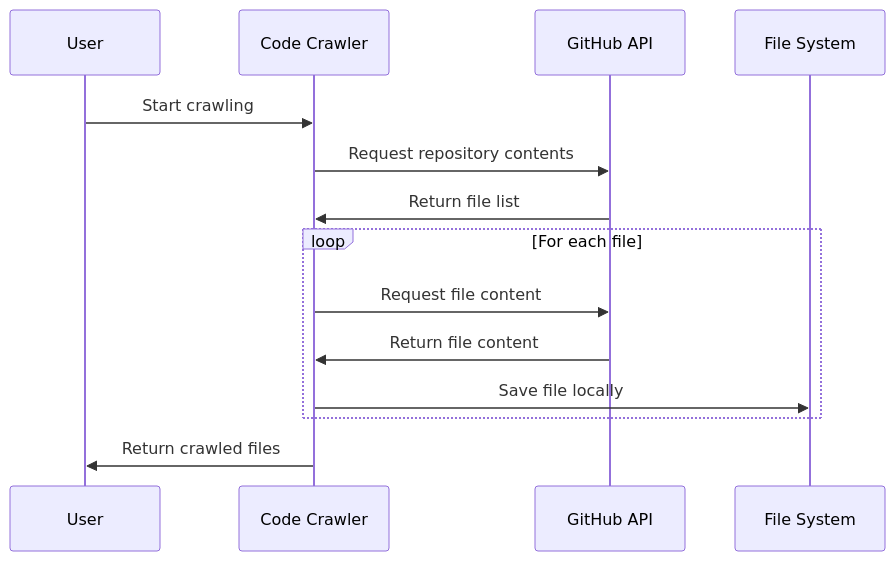
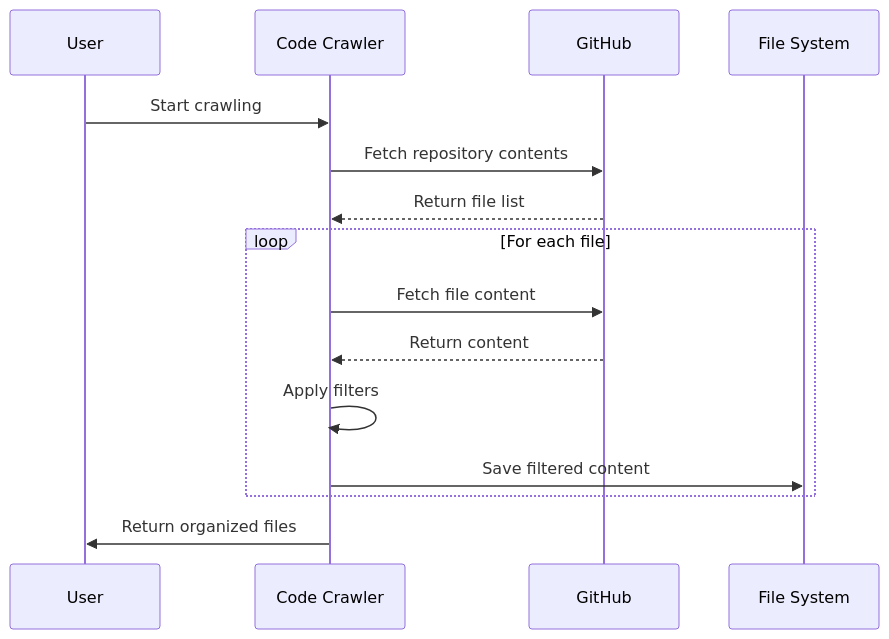
The seventh of 9 diagrams in README.md (dygavieta/NewRepo), drawn with Mermaid before and after one commit. The commit also changed other lines of this file, not shown here.

````diff
--- a/README.md
+++ b/README.md
@@ -627,17 +618,18 @@
 ```mermaid
 sequenceDiagram
-    participant U as User
+    participant User
     participant CC as Code Crawler
-    participant GH as GitHub API
-    participant F as File System
+    participant GH as GitHub
+    participant FS as File System
 
-    U->>CC: Start crawling
-    CC->>GH: Request repository contents
-    GH->>CC: Return file list
+    User->>CC: Start crawling
+    CC->>GH: Fetch repository contents
+    GH-->>CC: Return file list
     loop For each file
-        CC->>GH: Request file content
-        GH->>CC: Return file content
-        CC->>F: Save file locally
+        CC->>GH: Fetch file content
+        GH-->>CC: Return content
+        CC->>CC: Apply filters
+        CC->>FS: Save filtered content
     end
-    CC->>U: Return crawled files
+    CC->>User: Return organized files
 ```
````
